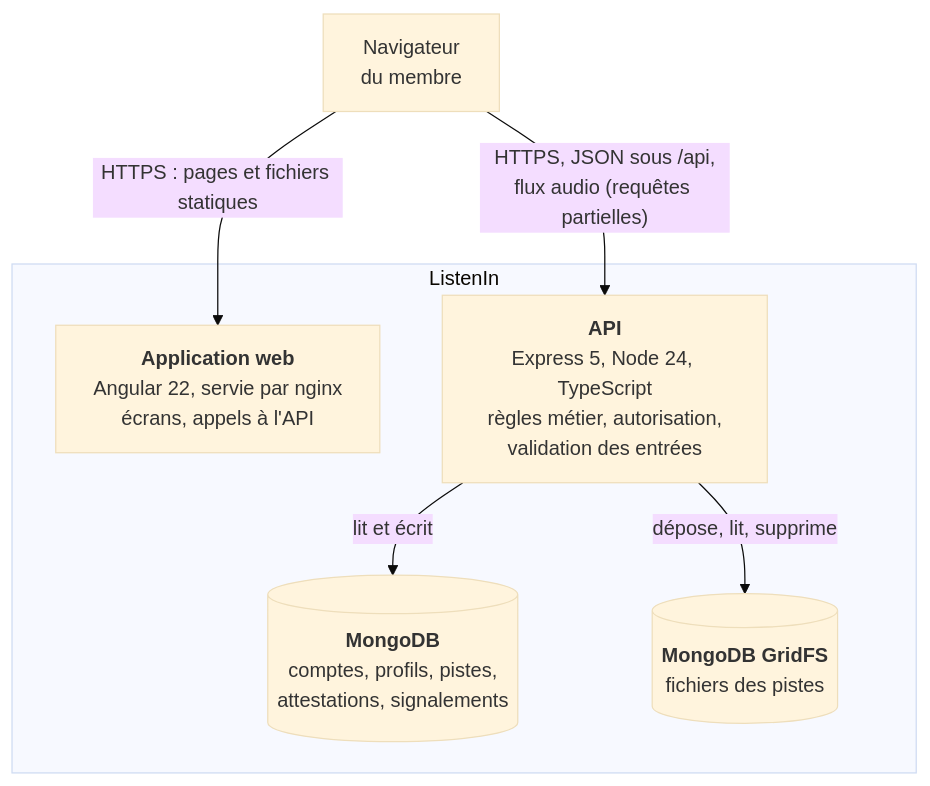
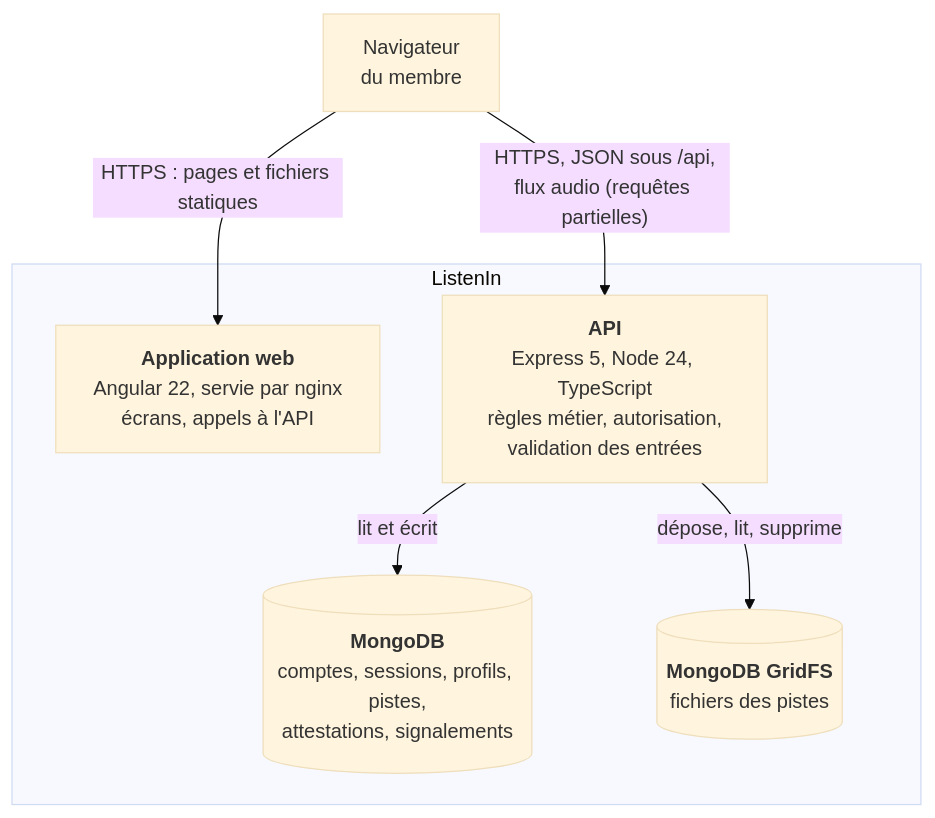
Before and after one commit to abdellahjebar/listenin: the second of 2 diagrams in docs/ARCHITECTURE.md, drawn with Mermaid (base theme). The commit also changed other lines of this file and 6 other files, not shown here.

````diff
--- a/docs/ARCHITECTURE.md
+++ b/docs/ARCHITECTURE.md
@@ -36,16 +36,16 @@
 ```mermaid
 flowchart TB
     U["Navigateur<br/>du membre"]
 
     subgraph LI["ListenIn"]
         W["<b>Application web</b><br/>Angular 22, servie par nginx<br/>écrans, appels à l'API"]
         A["<b>API</b><br/>Express 5, Node 24, TypeScript<br/>règles métier, autorisation,<br/>validation des entrées"]
-        D[("<b>MongoDB</b><br/>comptes, profils, pistes,<br/>attestations, signalements")]
+        D[("<b>MongoDB</b><br/>comptes, sessions, profils, pistes,<br/>attestations, signalements")]
         S[("<b>MongoDB GridFS</b><br/>fichiers des pistes")]
     end
 
     U -- "HTTPS : pages et fichiers statiques" --> W
     U -- "HTTPS, JSON sous /api,<br/>flux audio (requêtes partielles)" --> A
     A -- "lit et écrit" --> D
     A -- "dépose, lit, supprime" --> S
 ```
````
